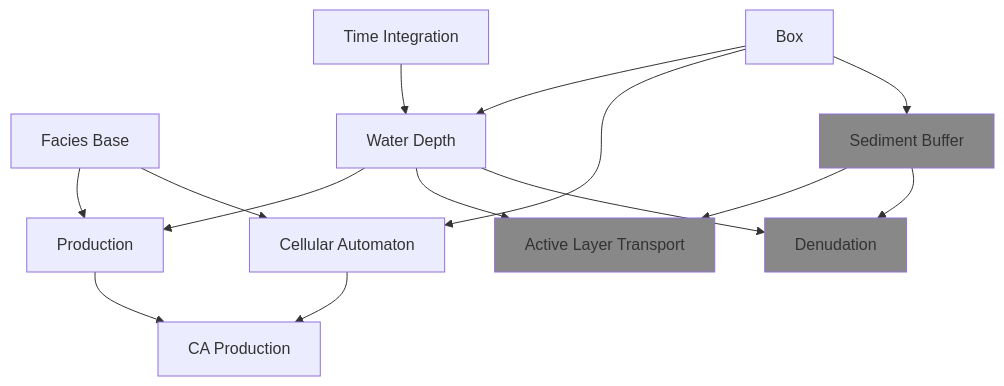
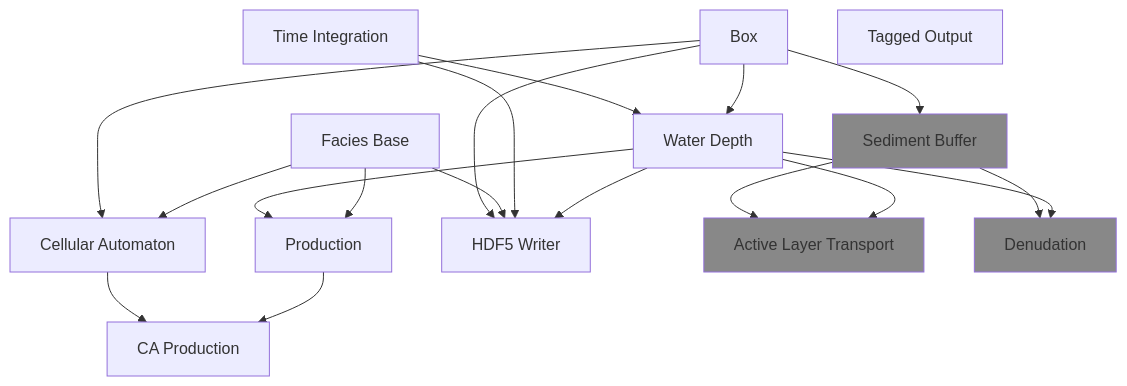
Before and after one commit to MindTheGap-ERC/CarboKitten.jl: the diagram in docs/src/components/components.md, drawn with Mermaid. The commit also changed 3 other files, not shown here.

````diff
--- a/docs/src/components/components.md
+++ b/docs/src/components/components.md
@@ -5,35 +5,42 @@
 ```mermaid
 graph TD;
     classDef nyi fill:#888;
 
     time[Time Integration]
     facies[Facies Base]
     box[Box]
     water_depth[Water Depth]
     uniform_production[Production]
     cellular_automaton[Cellular Automaton]
     ca_production[CA Production]
+    h5writer[HDF5 Writer]
+    tag[Tagged Output]
 
     sediment_buffer[Sediment Buffer]
     active_layer_transport[Active Layer Transport]
     denudation[Denudation]
     class sediment_buffer,active_layer_transport,denudation nyi;
 
     time --> water_depth
     box --> water_depth
 
     water_depth --> uniform_production
     facies --> uniform_production
 
     box --> cellular_automaton
     facies --> cellular_automaton
 
     cellular_automaton --> ca_production
     uniform_production --> ca_production
 
     box --> sediment_buffer
     sediment_buffer --> active_layer_transport
     water_depth --> active_layer_transport
     sediment_buffer --> denudation
     water_depth --> denudation
+
+    box --> h5writer
+    facies --> h5writer
+    time --> h5writer
+    water_depth --> h5writer
 ```
````
